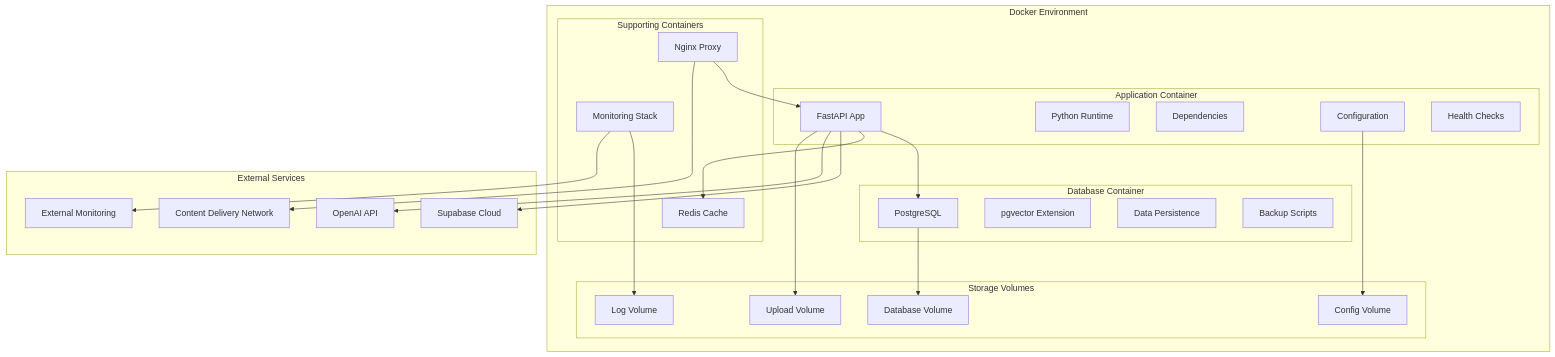
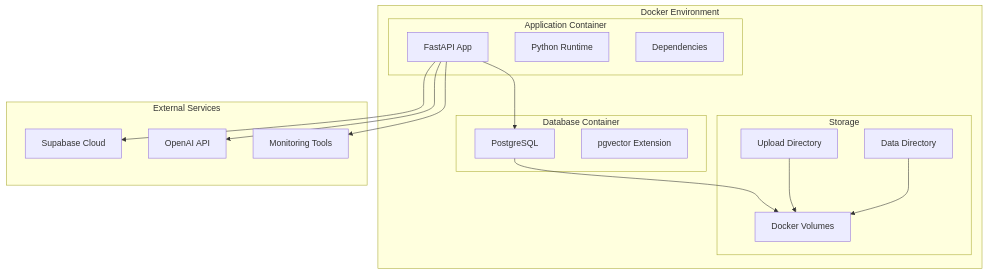
One commit to MRCORD/university-chatbot changed diagram 16 of 21 in docs/system-architecture.md. Above: the diagram before and after it, drawn with Mermaid. The commit also changed other lines of this file, not shown here.

````diff
--- a/docs/system-architecture.md
+++ b/docs/system-architecture.md
@@ -1506,54 +710,36 @@
 ```mermaid
 graph TB
     subgraph "Docker Environment"
         subgraph "Application Container"
             FASTAPI[FastAPI App]
             PYTHON[Python Runtime]
             DEPS[Dependencies]
-            CONFIG[Configuration]
-            HEALTH[Health Checks]
         end
         
         subgraph "Database Container"
             POSTGRES[PostgreSQL]
             PGVECTOR[pgvector Extension]
-            DATA[Data Persistence]
-            BACKUP[Backup Scripts]
         end
         
-        subgraph "Supporting Containers"
-            REDIS[Redis Cache]
-            NGINX[Nginx Proxy]
-            MONITORING[Monitoring Stack]
-        end
-        
-        subgraph "Storage Volumes"
-            DB_VOLUME[Database Volume]
-            UPLOAD_VOLUME[Upload Volume]
-            LOG_VOLUME[Log Volume]
-            CONFIG_VOLUME[Config Volume]
+        subgraph "Storage"
+            VOLUMES[Docker Volumes]
+            UPLOADS[Upload Directory]
+            DATA[Data Directory]
         end
     end
     
     subgraph "External Services"
         SUPABASE[Supabase Cloud]
         OPENAI[OpenAI API]
-        EXTERNAL_MONITORING[External Monitoring]
-        CDN[Content Delivery Network]
+        MONITORING[Monitoring Tools]
     end
     
     FASTAPI --> POSTGRES
-    FASTAPI --> REDIS
     FASTAPI --> SUPABASE
     FASTAPI --> OPENAI
+    FASTAPI --> MONITORING
     
-    NGINX --> FASTAPI
-    
-    POSTGRES --> DB_VOLUME
-    FASTAPI --> UPLOAD_VOLUME
-    MONITORING --> LOG_VOLUME
-    CONFIG --> CONFIG_VOLUME
-    
-    NGINX --> CDN
-    MONITORING --> EXTERNAL_MONITORING
+    POSTGRES --> VOLUMES
+    UPLOADS --> VOLUMES
+    DATA --> VOLUMES
 ```
````
